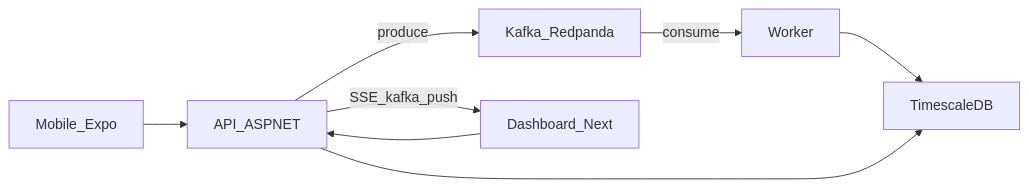
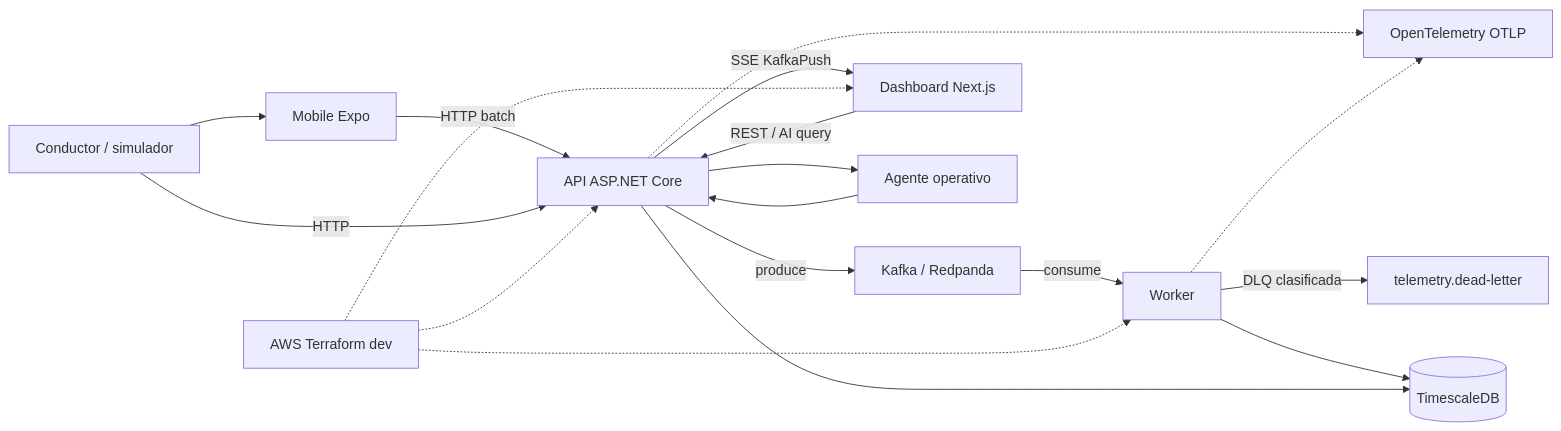
One commit to AlejoLobo/fleet-telemetry-platform changed the first of 6 diagrams in README.md. Above: the diagram before and after it, drawn with Mermaid. The commit also changed other lines of this file, not shown here.

````diff
--- a/README.md
+++ b/README.md
@@ -22,10 +83,20 @@
 ```mermaid
 flowchart LR
-  Mobile[Mobile_Expo] --> Api[API_ASPNET]
-  Api -->|produce| Kafka[Kafka_Redpanda]
+  Driver[Conductor / simulador] --> Mobile[Mobile Expo]
+  Mobile -->|HTTP batch| Api[API ASP.NET Core]
+  Driver -->|HTTP| Api
+  Api -->|produce| Kafka[Kafka / Redpanda]
   Kafka -->|consume| Worker[Worker]
-  Worker --> Ts[TimescaleDB]
+  Worker --> Ts[(TimescaleDB)]
+  Worker -->|DLQ clasificada| Dlq[telemetry.dead-letter]
   Api --> Ts
-  Api -->|SSE_kafka_push| Web[Dashboard_Next]
-  Web --> Api
+  Api -->|SSE KafkaPush| Web[Dashboard Next.js]
+  Web -->|REST / AI query| Api
+  Api --> Ai[Agente operativo]
+  Ai --> Api
+  Api -.-> Otel[OpenTelemetry OTLP]
+  Worker -.-> Otel
+  Tf[AWS Terraform dev] -.-> Api
+  Tf -.-> Worker
+  Tf -.-> Web
 ```
````
